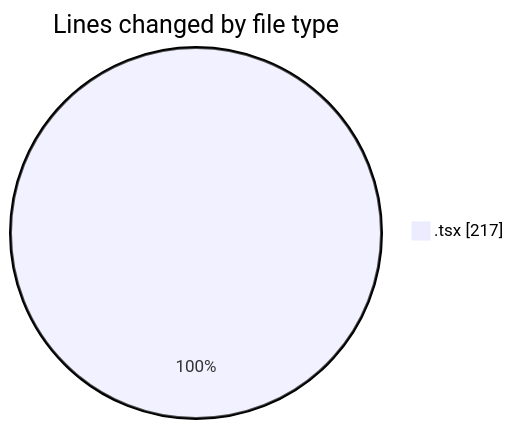
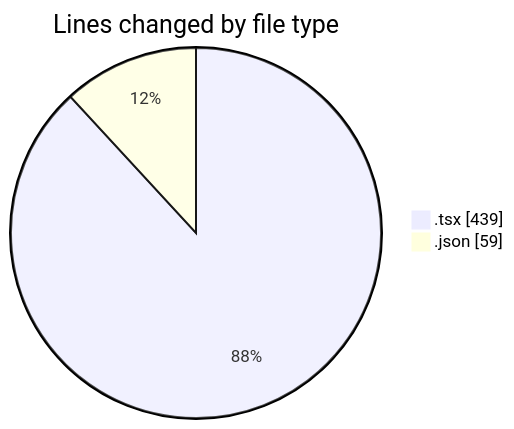
The first of 2 diagrams in 2025-11-24/cda/README.md (momahboobian/code-tracking), drawn with Mermaid before and after one commit. The commit also changed other lines of this file and 1 other file, not shown here.

````diff
--- a/2025-11-24/cda/README.md
+++ b/2025-11-24/cda/README.md
@@ -20,5 +21,6 @@
 ```mermaid
 pie showData
 title Lines changed by file type
-".tsx" : 217
+".tsx" : 439
+".json" : 59
 ```
````
